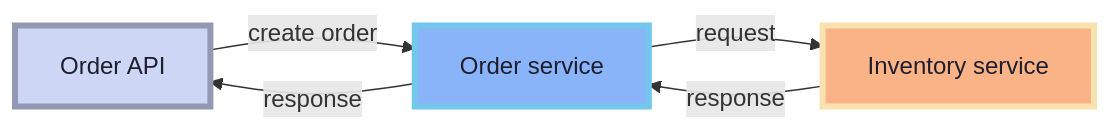
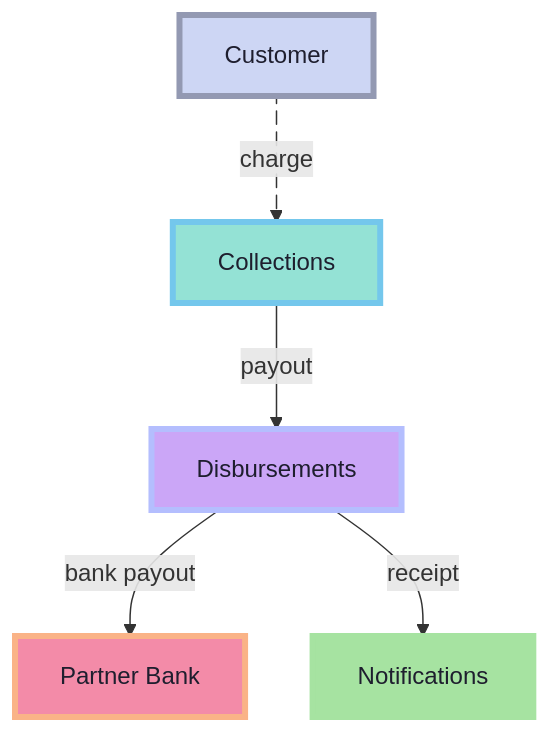
One commit to hmajid2301/blog changed the second of 40 diagrams in content/slides/go-labs-eda-go-kafka/slides.md. Above: the diagram before and after it, drawn with Mermaid. The commit also changed other lines of this file and 10 other files, not shown here.

````diff
--- a/content/slides/go-labs-eda-go-kafka/slides.md
+++ b/content/slides/go-labs-eda-go-kafka/slides.md
@@ -91,15 +88,21 @@
 ```mermaid
-flowchart LR
-    API["Order API"] -- "create order" --> S1["Order service"]
-    S1 -- "request" --> S2["Inventory service"]
-    S2 -- "response" --> S1
-    S1 -- "response" --> API
+%%{init: {"themeVariables": {"fontSize": "16px"}, "flowchart": {"nodeSpacing": 45, "rankSpacing": 60}}}%%
+flowchart TD
+    U["Customer"] charge@-->|"charge"| COL["Collections"]
+    COL payout@-->|"payout"| DIS["Disbursements"]
+    DIS bankCall@-->|"bank payout"| BANK["Partner Bank"]
+    DIS receipt@-->|"receipt"| NOTIF["Notifications"]
+    charge@{ animation: slow }
 
-    classDef svcA fill:#89b4fa,stroke:#74c7ec,stroke-width:4px,color:#1e1e2e;
-    classDef svcB fill:#fab387,stroke:#f9e2af,stroke-width:4px,color:#1e1e2e;
     classDef client fill:#cdd6f4,stroke:#9399b2,stroke-width:4px,color:#1e1e2e;
+    classDef collections fill:#94e2d5,stroke:#74c7ec,stroke-width:4px,color:#1e1e2e;
+    classDef disbursements fill:#cba6f7,stroke:#b4befe,stroke-width:4px,color:#1e1e2e;
+    classDef bank fill:#f38ba8,stroke:#fab387,stroke-width:4px,color:#1e1e2e;
+    classDef notifications fill:#a6e3a1,stroke:#a6e3a1,stroke-width:4px,color:#1e1e2e;
 
-    class S1 svcA;
-    class S2 svcB;
-    class API client;
+    class U client;
+    class COL collections;
+    class DIS disbursements;
+    class BANK bank;
+    class NOTIF notifications;
 ```
````
